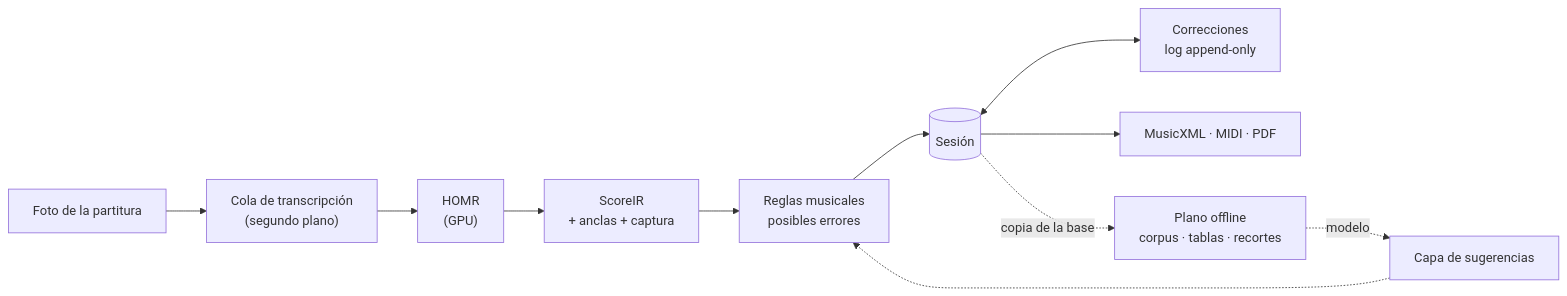
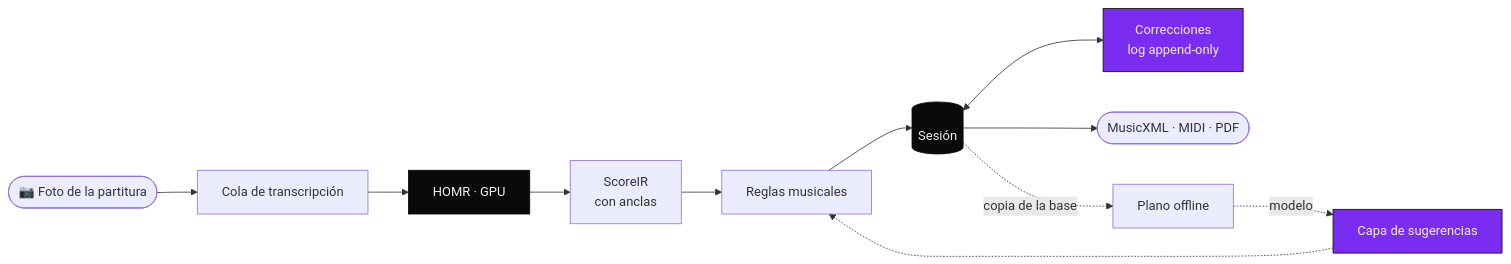
One commit to sebdavid3/Cadenza changed the diagram in README.md. Above: the diagram before and after it, drawn with Mermaid. The commit also changed other lines of this file and 2 other files, not shown here.

First line of the commit message:
docs(docs): rehacer el README con el logo y capturas

````diff
--- a/README.md
+++ b/README.md
@@ -63,13 +117,18 @@
 ```mermaid
 flowchart LR
-    img[Foto de la partitura] --> Q["Cola de transcripción<br/>(segundo plano)"]
-    Q --> OMR["HOMR<br/>(GPU)"]
-    OMR --> IR["ScoreIR<br/>+ anclas + captura"]
-    IR --> V["Reglas musicales<br/>posibles errores"]
-    V --> S[(Sesión)]
+    img(["📷 Foto de la partitura"]) --> Q["Cola de transcripción"]
+    Q --> OMR["HOMR · GPU"]
+    OMR --> IR["ScoreIR<br/>con anclas"]
+    IR --> V["Reglas musicales"]
+    V --> S[("Sesión")]
     S <--> E["Correcciones<br/>log append-only"]
-    S --> X["MusicXML · MIDI · PDF"]
-    S -. copia de la base .-> OFF["Plano offline<br/>corpus · tablas · recortes"]
+    S --> X(["MusicXML · MIDI · PDF"])
+    S -. copia de la base .-> OFF["Plano offline"]
     OFF -. modelo .-> SUG["Capa de sugerencias"]
     SUG -.-> V
+
+    classDef violeta fill:#7a2cf0,stroke:#0a0a0a,color:#f0eff2
+    classDef tinta fill:#0a0a0a,stroke:#0a0a0a,color:#f0eff2
+    class E,SUG violeta
+    class OMR,S tinta
 ```
````
